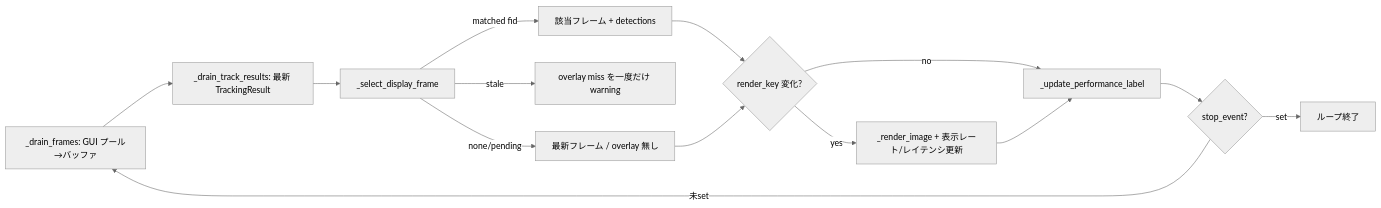
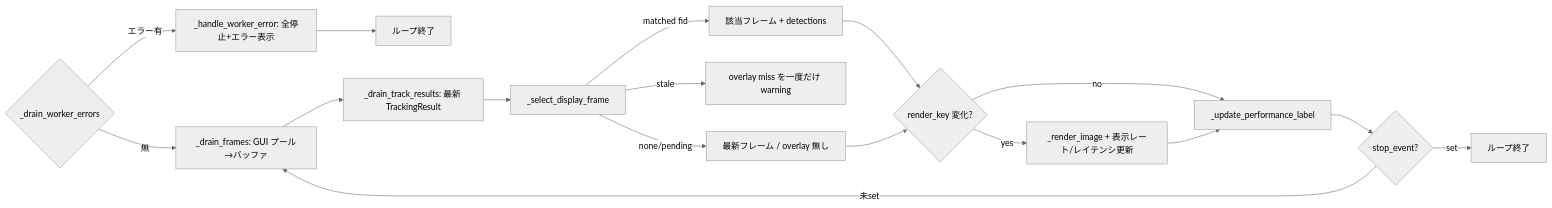
Before and after one commit to NobuoTsukamoto/multiprocess-object-tracker: the second of 2 diagrams in docs/specs/gui-controller/design.md, drawn with Mermaid (neutral theme). The commit also changed other lines of this file and 17 other files, not shown here.

First line of the commit message:
feat(ipc): ワーカー致命エラーを WorkerError 通知で GUI に表示（R-GUI-44）

````diff
--- a/docs/specs/gui-controller/design.md
+++ b/docs/specs/gui-controller/design.md
@@ -79,16 +81,18 @@
 ```mermaid
 flowchart LR
-    DF[_drain_frames: GUI プール→バッファ] --> DT[_drain_track_results: 最新 TrackingResult]
+    ERR{_drain_worker_errors} -->|エラー有| HE[_handle_worker_error: 全停止+エラー表示] --> STOP[ループ終了]
+    ERR -->|無| DF[_drain_frames: GUI プール→バッファ]
+    DF --> DT[_drain_track_results: 最新 TrackingResult]
     DT --> SEL[_select_display_frame]
     SEL -->|matched fid| OV[該当フレーム + detections]
     SEL -->|stale| MISS[overlay miss を一度だけ warning]
     SEL -->|none/pending| NEW[最新フレーム / overlay 無し]
     OV --> RK{render_key 変化?}
     NEW --> RK
     RK -->|yes| RENDER[_render_image + 表示レート/レイテンシ更新]
     RK -->|no| PERF
     RENDER --> PERF[_update_performance_label]
     PERF --> SCHED{stop_event?}
     SCHED -->|未set| DF
     SCHED -->|set| END[ループ終了]
 ```
````
